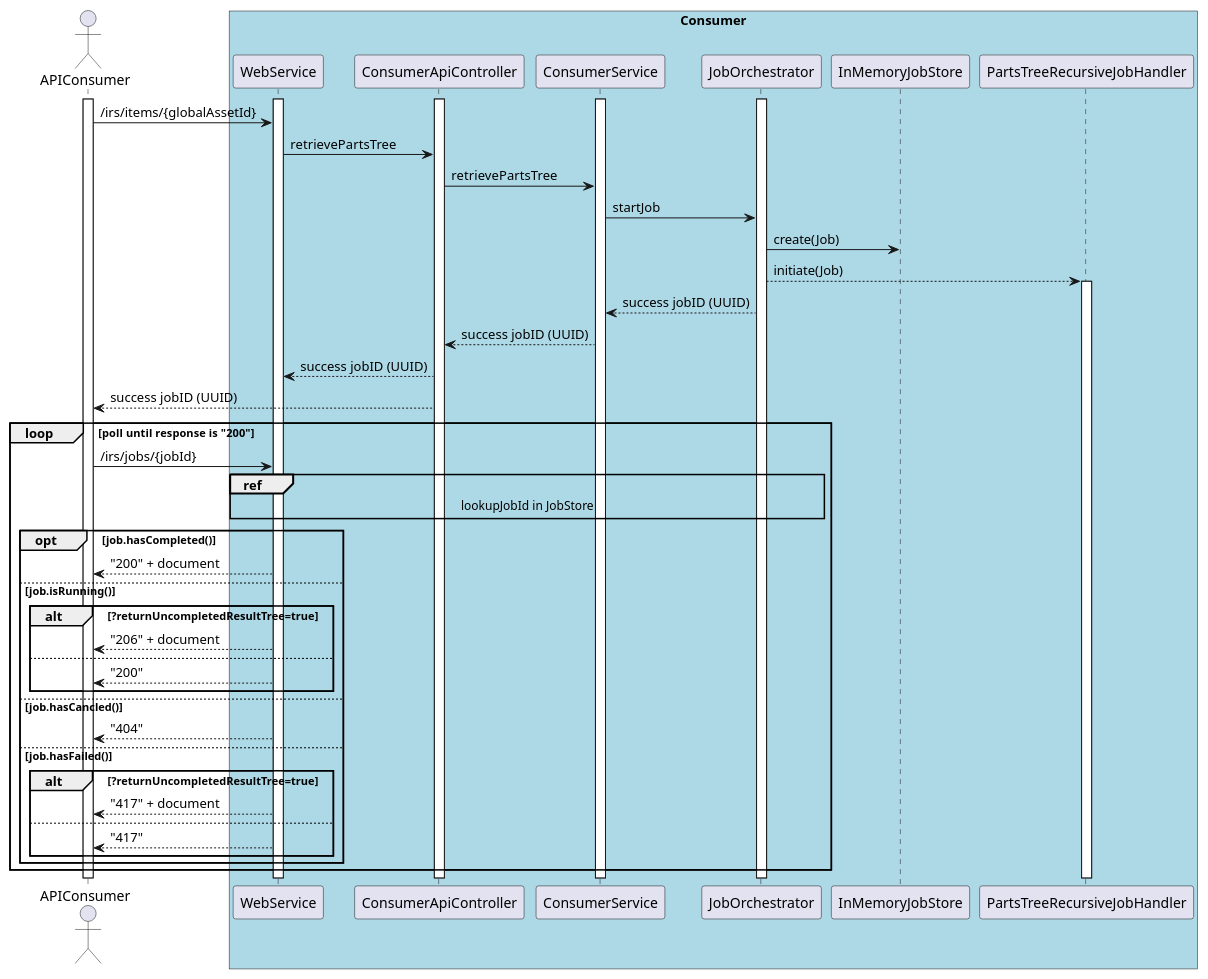
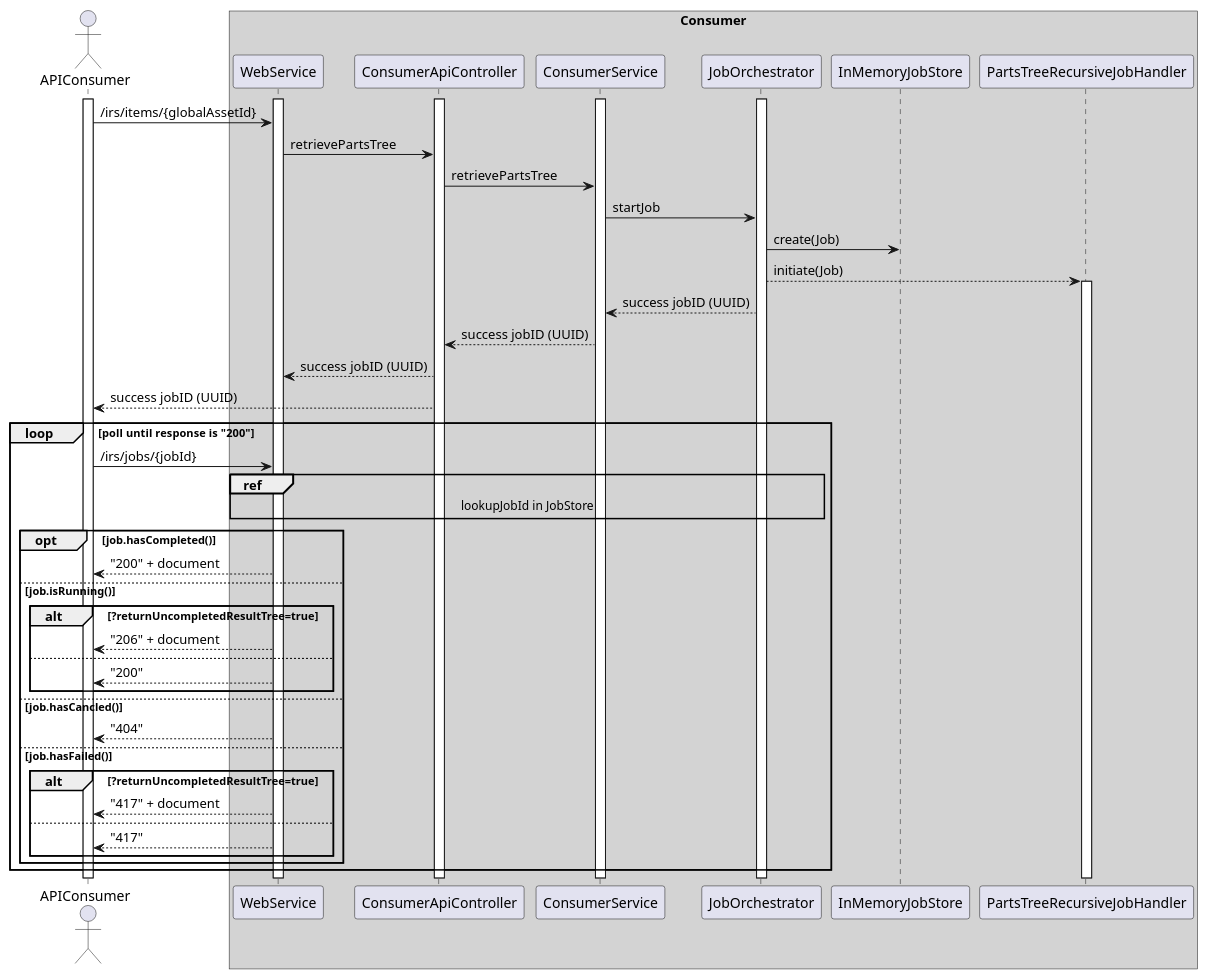
The diagram in uml-diagramms/api-call-asynchrous-sequence.puml (eclipse-tractusx/item-relationship-service), drawn with PlantUML before and after one commit. The commit also changed 5 other files, not shown here.

```diff
--- a/uml-diagramms/api-call-asynchrous-sequence.puml
+++ b/uml-diagramms/api-call-asynchrous-sequence.puml
@@ -1,56 +1,57 @@
 @startuml
+skinparam shadowing false
 
 actor APIConsumer
 activate APIConsumer
 
-box "Consumer" #LightBlue
+box "Consumer" #LightGrey
 participant WebService
 activate WebService
 participant ConsumerApiController
 activate ConsumerApiController
 participant ConsumerService
 activate ConsumerService
 participant JobOrchestrator
 activate JobOrchestrator
 
 APIConsumer -> WebService : /irs/items/{globalAssetId}
 WebService -> ConsumerApiController :  retrievePartsTree
 ConsumerApiController -> ConsumerService :  retrievePartsTree
 ConsumerService -> JobOrchestrator: startJob
 JobOrchestrator -> InMemoryJobStore: create(Job)
 
 JobOrchestrator --> PartsTreeRecursiveJobHandler: initiate(Job)
 activate PartsTreeRecursiveJobHandler
 
 ConsumerService <-- JobOrchestrator : success jobID (UUID)
 ConsumerApiController <-- ConsumerService : success jobID (UUID)
 WebService <-- ConsumerApiController : success jobID (UUID)
 APIConsumer <-- ConsumerApiController : success jobID (UUID)
 
 loop poll until response is  "200"
      APIConsumer -> WebService : /irs/jobs/{jobId}
 
      ref over WebService,  JobOrchestrator
         lookupJobId in JobStore
      end ref
      opt job.hasCompleted()
             APIConsumer <-- WebService : "200" + document
      else job.isRunning()
            alt ?returnUncompletedResultTree=true
              APIConsumer <-- WebService : "206" + document
            else
              APIConsumer <-- WebService : "200"
             end alt
      else job.hasCancled()
              APIConsumer <-- WebService : "404"
      else job.hasFailed()
         alt ?returnUncompletedResultTree=true
             APIConsumer <-- WebService : "417" + document
         else
             APIConsumer <-- WebService : "417"
         end alt
      end opt
 
 end loop
 
 @enduml
```
